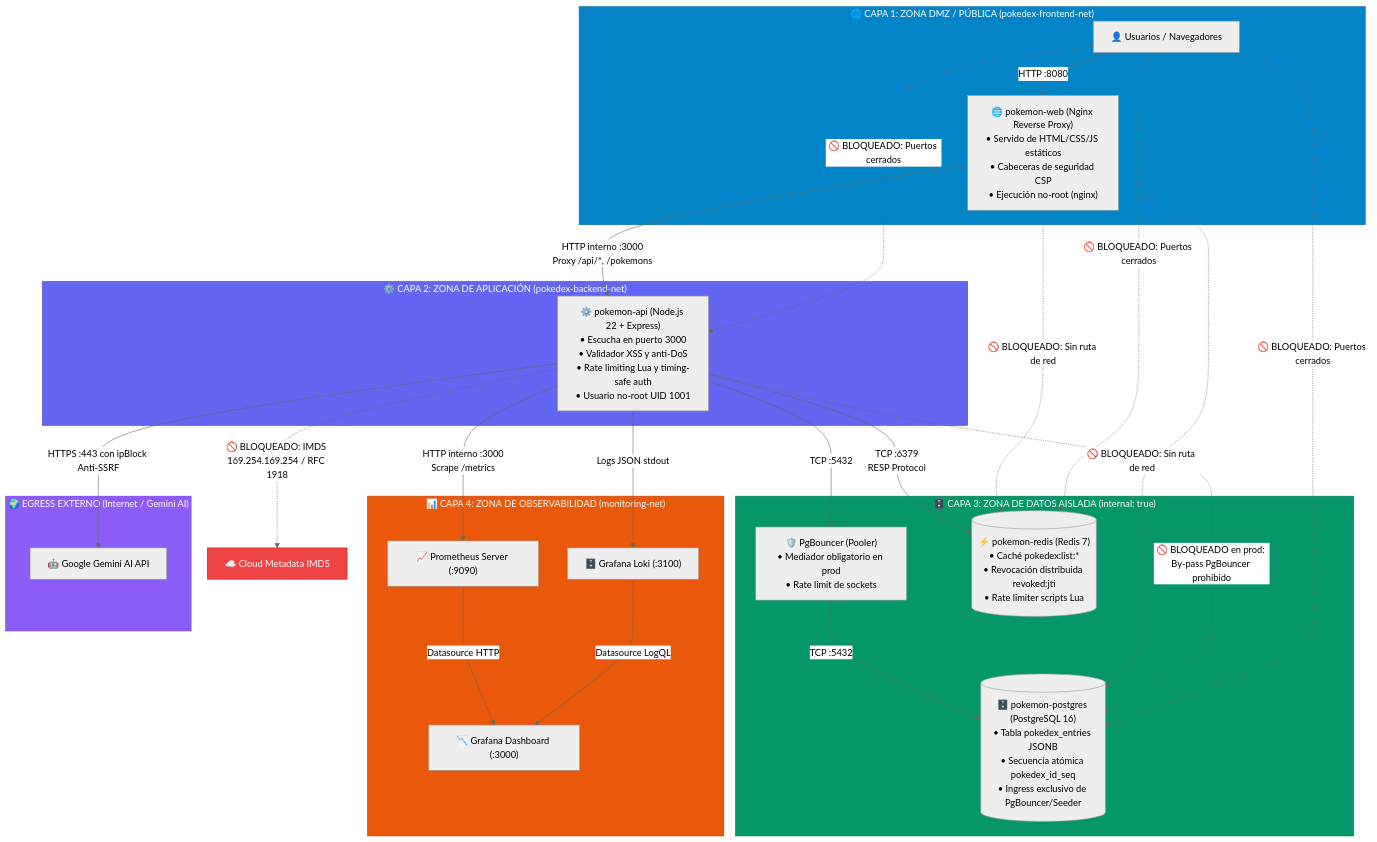
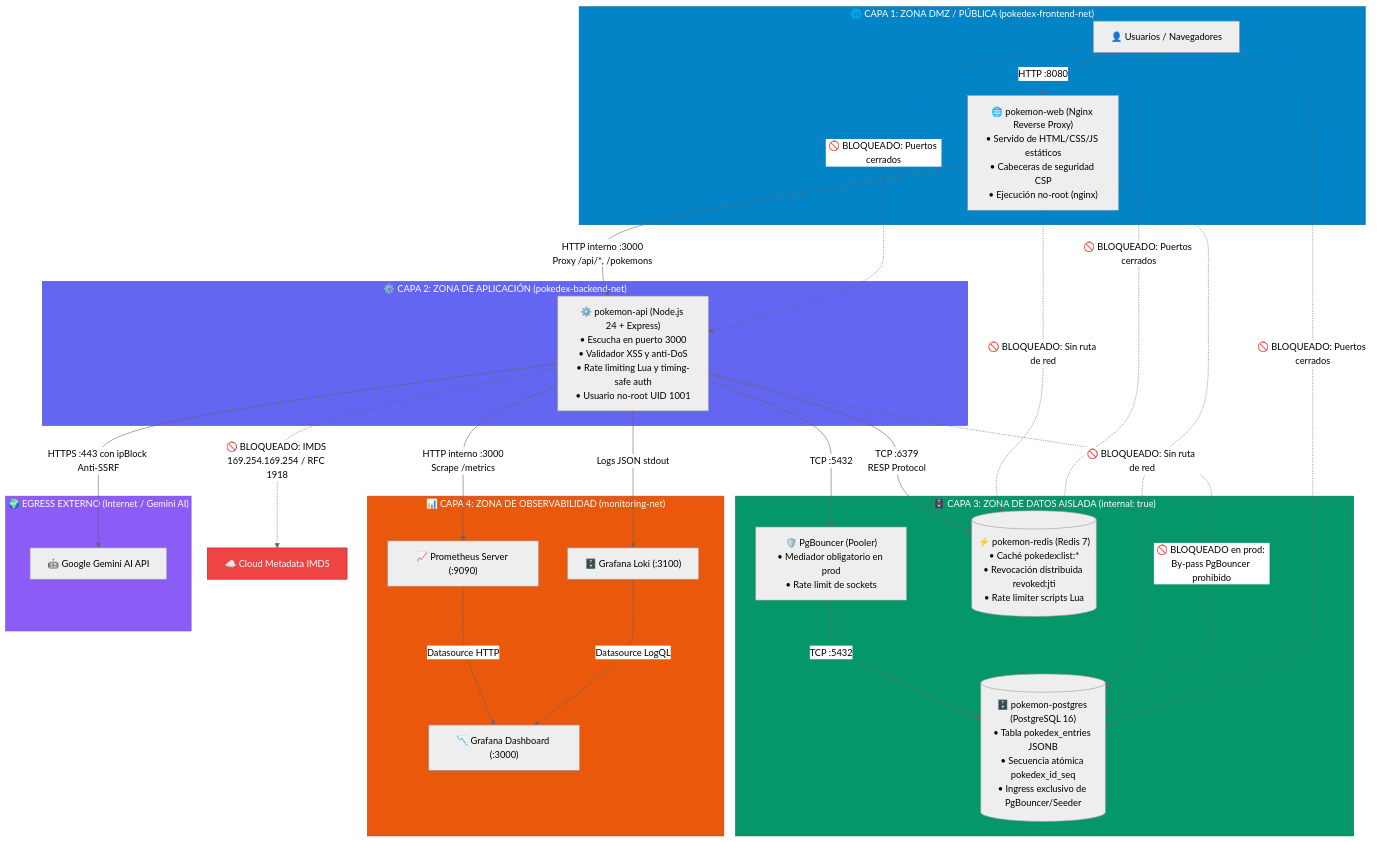
One commit to rocapellino/pokedex changed the first of 2 diagrams in docs/architecture/SECURITY_AND_NETWORK_ISOLATION.md. Above: the diagram before and after it, drawn with Mermaid (neutral theme). The commit also changed 36 other files, not shown here.

````diff
--- a/docs/architecture/SECURITY_AND_NETWORK_ISOLATION.md
+++ b/docs/architecture/SECURITY_AND_NETWORK_ISOLATION.md
@@ -44,50 +44,50 @@
 ```mermaid
 flowchart TD
     subgraph PUBLIC_ZONE["🌐 CAPA 1: ZONA DMZ / PÚBLICA (pokedex-frontend-net)"]
         CLIENT["👤 Usuarios / Navegadores"] -->|HTTP :8080| WEB["🌐 pokemon-web (Nginx Reverse Proxy)\n• Servido de HTML/CSS/JS estáticos\n• Cabeceras de seguridad CSP\n• Ejecución no-root (nginx)"]
     end
 
     subgraph APP_ZONE["⚙️ CAPA 2: ZONA DE APLICACIÓN (pokedex-backend-net)"]
-        WEB -->|HTTP interno :3000\nProxy /api/*, /pokemons| API["⚙️ pokemon-api (Node.js 22 + Express)\n• Escucha en puerto 3000\n• Validador XSS y anti-DoS\n• Rate limiting Lua y timing-safe auth\n• Usuario no-root UID 1001"]
+        WEB -->|HTTP interno :3000\nProxy /api/*, /pokemons| API["⚙️ pokemon-api (Node.js 24 + Express)\n• Escucha en puerto 3000\n• Validador XSS y anti-DoS\n• Rate limiting Lua y timing-safe auth\n• Usuario no-root UID 1001"]
     end
 
     subgraph DATA_ZONE["🗄️ CAPA 3: ZONA DE DATOS AISLADA (internal: true)"]
         API -->|TCP :5432| PGB["🛡️ PgBouncer (Pooler)\n• Mediador obligatorio en prod\n• Rate limit de sockets"]
         PGB -->|TCP :5432| DB[("🗄️ pokemon-postgres (PostgreSQL 16)\n• Tabla pokedex_entries JSONB\n• Secuencia atómica pokedex_id_seq\n• Ingress exclusivo de PgBouncer/Seeder")]
         API -->|TCP :6379\nRESP Protocol| REDIS[("⚡ pokemon-redis (Redis 7)\n• Caché pokedex:list:*\n• Revocación distribuida revoked:jti\n• Rate limiter scripts Lua")]
     end
 
     subgraph OBS_ZONE["📊 CAPA 4: ZONA DE OBSERVABILIDAD (monitoring-net)"]
         API -->|HTTP interno :3000\nScrape /metrics| PROM["📈 Prometheus Server (:9090)"]
         PROM -->|Datasource HTTP| GRAFANA["📉 Grafana Dashboard (:3000)"]
         API -->|Logs JSON stdout| LOKI["🗄️ Grafana Loki (:3100)"]
         LOKI -->|Datasource LogQL| GRAFANA
     end
 
     subgraph EGRESS_OUT["🌍 EGRESS EXTERNO (Internet / Gemini AI)"]
         API -->|HTTPS :443 con ipBlock Anti-SSRF| GEMINI["🤖 Google Gemini AI API"]
     end
 
     %% Reglas de bloqueo estricto
     WEB -.->|🚫 BLOQUEADO: Sin ruta de red| DB
     WEB -.->|🚫 BLOQUEADO: Sin ruta de red| REDIS
     API -.->|🚫 BLOQUEADO en prod: By-pass PgBouncer prohibido| DB
     API -.->|🚫 BLOQUEADO: IMDS 169.254.169.254 / RFC 1918| METADATA["☁️ Cloud Metadata IMDS"]
     CLIENT -.->|🚫 BLOQUEADO: Puertos cerrados| API
     CLIENT -.->|🚫 BLOQUEADO: Puertos cerrados| DB
     CLIENT -.->|🚫 BLOQUEADO: Puertos cerrados| REDIS
 
     classDef public fill:#0284c7,stroke:#0369a1,color:#fff;
     classDef app fill:#6366f1,stroke:#4338ca,color:#fff;
     classDef data fill:#059669,stroke:#047857,color:#fff;
     classDef obs fill:#ea580c,stroke:#c2410c,color:#fff;
     classDef egress fill:#8b5cf6,stroke:#7c3aed,color:#fff;
     classDef blocked fill:#ef4444,stroke:#b91c1c,color:#fff;
 
     class PUBLIC_ZONE public;
     class APP_ZONE app;
     class DATA_ZONE data;
     class OBS_ZONE obs;
     class EGRESS_OUT egress;
     class METADATA blocked;
 ```
````
